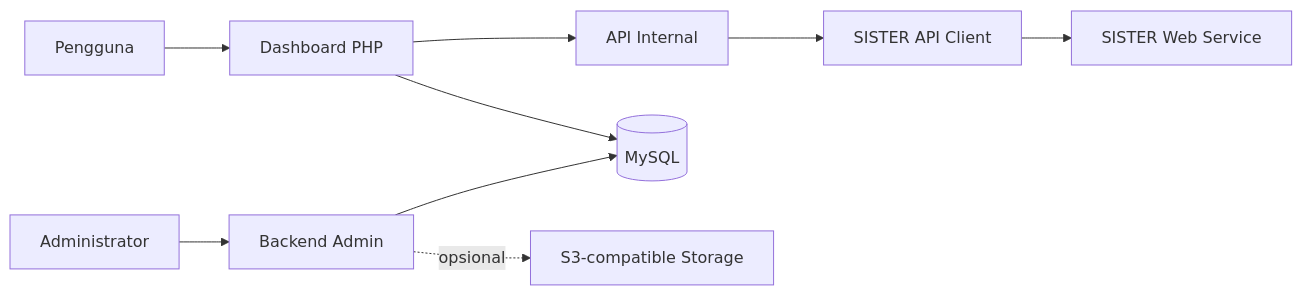
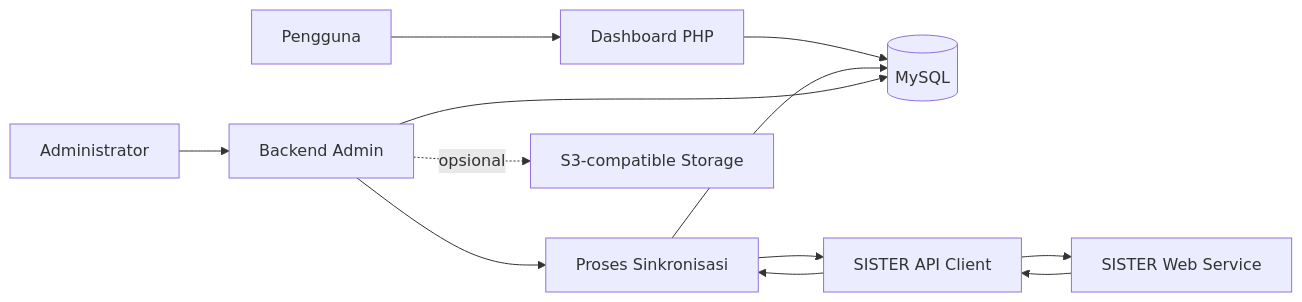
Before and after one commit to Forum-TIPD-PTKIN/sister-dosen-dashboard: the diagram in README.md, drawn with Mermaid. The commit also changed other lines of this file, not shown here.

````diff
--- a/README.md
+++ b/README.md
@@ -70,11 +70,14 @@
 ```mermaid
 flowchart LR
     User["Pengguna"] --> Dashboard["Dashboard PHP"]
+    Dashboard --> Database[("MySQL")]
     Admin["Administrator"] --> Backend["Backend Admin"]
-    Dashboard --> InternalAPI["API Internal"]
-    InternalAPI --> SisterClient["SISTER API Client"]
+    Backend --> Sync["Proses Sinkronisasi"]
+    Sync --> SisterClient["SISTER API Client"]
     SisterClient --> SisterWS["SISTER Web Service"]
-    Dashboard --> Database[("MySQL")]
+    SisterWS --> SisterClient
+    SisterClient --> Sync
+    Sync --> Database
     Backend --> Database
     Backend -. opsional .-> Storage["S3-compatible Storage"]
 ```
````
